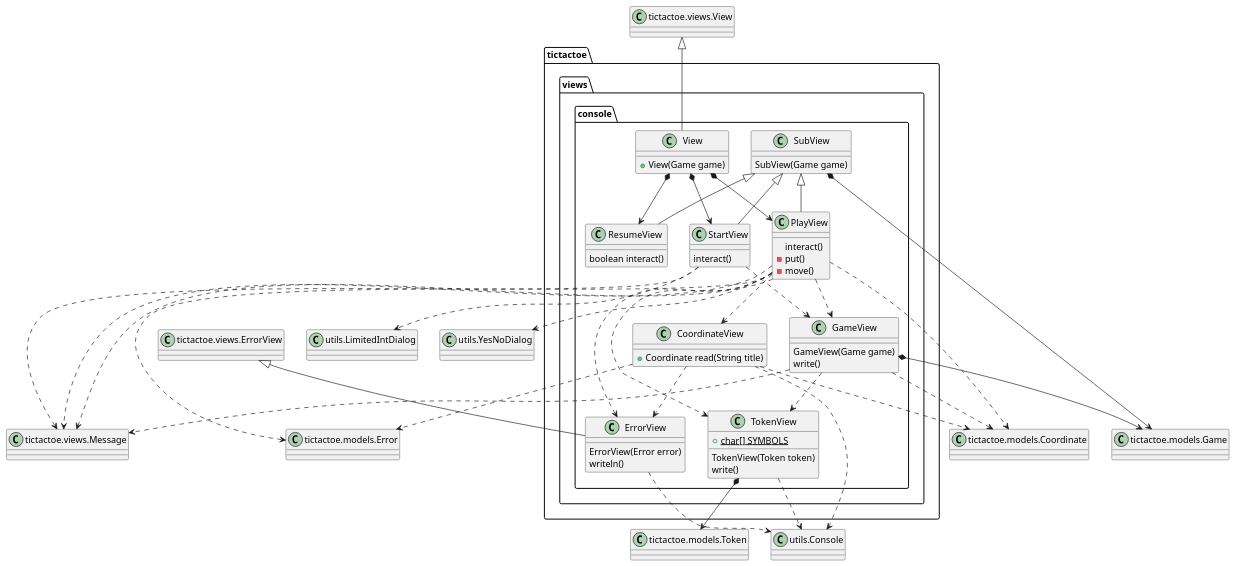
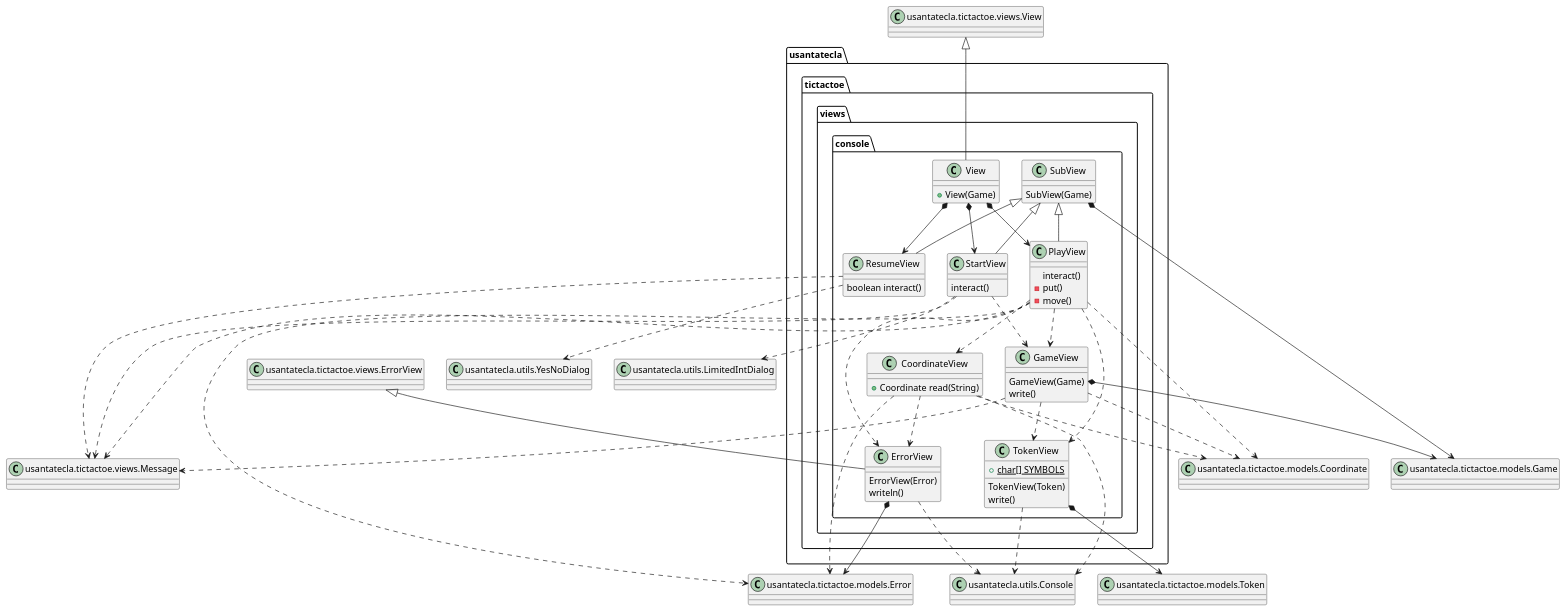
One commit to Jolucaa/USantaTecla-project-ticTacToe changed the third of 5 diagrams in documentView/withoutFactoryMethod/docs/diagrams/src/paquetes.plantuml. Above: the diagram before and after it, drawn with PlantUML. The commit also changed other lines of this file and 6 other files, not shown here.

```diff
--- a/documentView/withoutFactoryMethod/docs/diagrams/src/paquetes.plantuml
+++ b/documentView/withoutFactoryMethod/docs/diagrams/src/paquetes.plantuml
@@ -80,121 +80,122 @@
 @startuml tictactoe.views.console
-class tictactoe.views.console.CoordinateView {
+class usantatecla.tictactoe.views.console.CoordinateView {
 
-    + Coordinate read(String title)
+    + Coordinate read(String)
 
 }
 
-tictactoe.views.console.CoordinateView ..> tictactoe.views.console.ErrorView
+usantatecla.tictactoe.views.console.CoordinateView ..> usantatecla.tictactoe.views.console.ErrorView
 
-class Coordinate as "tictactoe.models.Coordinate"
-class Error as "tictactoe.models.Error"
-class Console as "utils.Console"
+class Coordinate as "usantatecla.tictactoe.models.Coordinate"
+class Error as "usantatecla.tictactoe.models.Error"
+class Console as "usantatecla.utils.Console"
 
-tictactoe.views.console.CoordinateView ..> Console
-tictactoe.views.console.CoordinateView ..> Error
-tictactoe.views.console.CoordinateView ..> Coordinate
+usantatecla.tictactoe.views.console.CoordinateView ..> Console
+usantatecla.tictactoe.views.console.CoordinateView ..> Error
+usantatecla.tictactoe.views.console.CoordinateView ..> Coordinate
 
-class tictactoe.views.console.ErrorView {
+class usantatecla.tictactoe.views.console.ErrorView {
 
-	ErrorView(Error error)
+	ErrorView(Error)
 	writeln()
 
 }
 
-class ErrorView as "tictactoe.views.ErrorView"
+class ErrorView as "usantatecla.tictactoe.views.ErrorView"
 
-ErrorView <|-- tictactoe.views.console.ErrorView
-tictactoe.views.console.ErrorView ..> Console
+ErrorView <|-- usantatecla.tictactoe.views.console.ErrorView
+usantatecla.tictactoe.views.console.ErrorView ..> Console
+usantatecla.tictactoe.views.console.ErrorView *--> Error
 
-class tictactoe.views.console.GameView {
+class usantatecla.tictactoe.views.console.GameView {
 
-    GameView(Game game)
+    GameView(Game)
 	write()
 
 }
 
-class Game as "tictactoe.models.Game"
-class Message as "tictactoe.views.Message"
+class Game as "usantatecla.tictactoe.models.Game"
+class Message as "usantatecla.tictactoe.views.Message"
 
-tictactoe.views.console.GameView *--> Game
-tictactoe.views.console.GameView ..> Coordinate
-tictactoe.views.console.GameView ..> Message
-tictactoe.views.console.GameView ..> tictactoe.views.console.TokenView
+usantatecla.tictactoe.views.console.GameView *--> Game
+usantatecla.tictactoe.views.console.GameView ..> Coordinate
+usantatecla.tictactoe.views.console.GameView ..> Message
+usantatecla.tictactoe.views.console.GameView ..> usantatecla.tictactoe.views.console.TokenView
 
-class tictactoe.views.console.SubView {
+class usantatecla.tictactoe.views.console.SubView {
 
-	SubView(Game game)
+	SubView(Game)
 
 }
 
-tictactoe.views.console.SubView *--> Game
+usantatecla.tictactoe.views.console.SubView *--> Game
 
-class tictactoe.views.console.PlayView {
+class usantatecla.tictactoe.views.console.PlayView {
 
     interact()
     - put()
     - move()
 
 }
 
-tictactoe.views.console.SubView <|-- tictactoe.views.console.PlayView
-tictactoe.views.console.PlayView ..> Coordinate
-tictactoe.views.console.PlayView ..> Message
-tictactoe.views.console.PlayView ..> Error
-tictactoe.views.console.PlayView ..> tictactoe.views.console.ErrorView
-tictactoe.views.console.PlayView ..> tictactoe.views.console.CoordinateView
-tictactoe.views.console.PlayView ..> tictactoe.views.console.GameView
-tictactoe.views.console.PlayView ..> tictactoe.views.console.TokenView
+usantatecla.tictactoe.views.console.SubView <|-- usantatecla.tictactoe.views.console.PlayView
+usantatecla.tictactoe.views.console.PlayView ..> Coordinate
+usantatecla.tictactoe.views.console.PlayView ..> Message
+usantatecla.tictactoe.views.console.PlayView ..> Error
+usantatecla.tictactoe.views.console.PlayView ..> usantatecla.tictactoe.views.console.ErrorView
+usantatecla.tictactoe.views.console.PlayView ..> usantatecla.tictactoe.views.console.CoordinateView
+usantatecla.tictactoe.views.console.PlayView ..> usantatecla.tictactoe.views.console.GameView
+usantatecla.tictactoe.views.console.PlayView ..> usantatecla.tictactoe.views.console.TokenView
 
-class tictactoe.views.console.ResumeView {
+class usantatecla.tictactoe.views.console.ResumeView {
 
 	boolean interact()
 
 }
 
-class YesNoDialog as "utils.YesNoDialog"
+class YesNoDialog as "usantatecla.utils.YesNoDialog"
 
-tictactoe.views.console.SubView <|-- tictactoe.views.console.ResumeView
-tictactoe.views.console.PlayView ..> Message
-tictactoe.views.console.PlayView ..> YesNoDialog
+usantatecla.tictactoe.views.console.SubView <|-- usantatecla.tictactoe.views.console.ResumeView
+usantatecla.tictactoe.views.console.ResumeView ..> Message
+usantatecla.tictactoe.views.console.ResumeView ..> YesNoDialog
 
-class tictactoe.views.console.StartView {
+class usantatecla.tictactoe.views.console.StartView {
 
 	interact()
 
 }
 
-class LimitedIntDialog as "utils.LimitedIntDialog"
+class LimitedIntDialog as "usantatecla.utils.LimitedIntDialog"
 
-tictactoe.views.console.SubView <|-- tictactoe.views.console.StartView
-tictactoe.views.console.StartView ..> Message
-tictactoe.views.console.StartView ..> LimitedIntDialog
-tictactoe.views.console.StartView ..> tictactoe.views.console.GameView
+usantatecla.tictactoe.views.console.SubView <|-- usantatecla.tictactoe.views.console.StartView
+usantatecla.tictactoe.views.console.StartView ..> Message
+usantatecla.tictactoe.views.console.StartView ..> LimitedIntDialog
+usantatecla.tictactoe.views.console.StartView ..> usantatecla.tictactoe.views.console.GameView
 
-class tictactoe.views.console.TokenView {
+class usantatecla.tictactoe.views.console.TokenView {
 
 	+ {static} char[] SYMBOLS
 
-	TokenView(Token token)
+	TokenView(Token)
 	write()
 
 }
 
-class Token as "tictactoe.models.Token"
+class Token as "usantatecla.tictactoe.models.Token"
 
-tictactoe.views.console.TokenView *--> Token
-tictactoe.views.console.TokenView ..> Console
+usantatecla.tictactoe.views.console.TokenView *--> Token
+usantatecla.tictactoe.views.console.TokenView ..> Console
 
-class tictactoe.views.console.View {
+class usantatecla.tictactoe.views.console.View {
 
-	+ View(Game game)
+	+ View(Game)
 
 }
 
-class View as "tictactoe.views.View"
+class View as "usantatecla.tictactoe.views.View"
 
-View <|-- tictactoe.views.console.View
-tictactoe.views.console.View *--> tictactoe.views.console.ResumeView
-tictactoe.views.console.View *--> tictactoe.views.console.PlayView
-tictactoe.views.console.View *--> tictactoe.views.console.StartView
+View <|-- usantatecla.tictactoe.views.console.View
+usantatecla.tictactoe.views.console.View *--> usantatecla.tictactoe.views.console.ResumeView
+usantatecla.tictactoe.views.console.View *--> usantatecla.tictactoe.views.console.PlayView
+usantatecla.tictactoe.views.console.View *--> usantatecla.tictactoe.views.console.StartView
 @enduml
```
